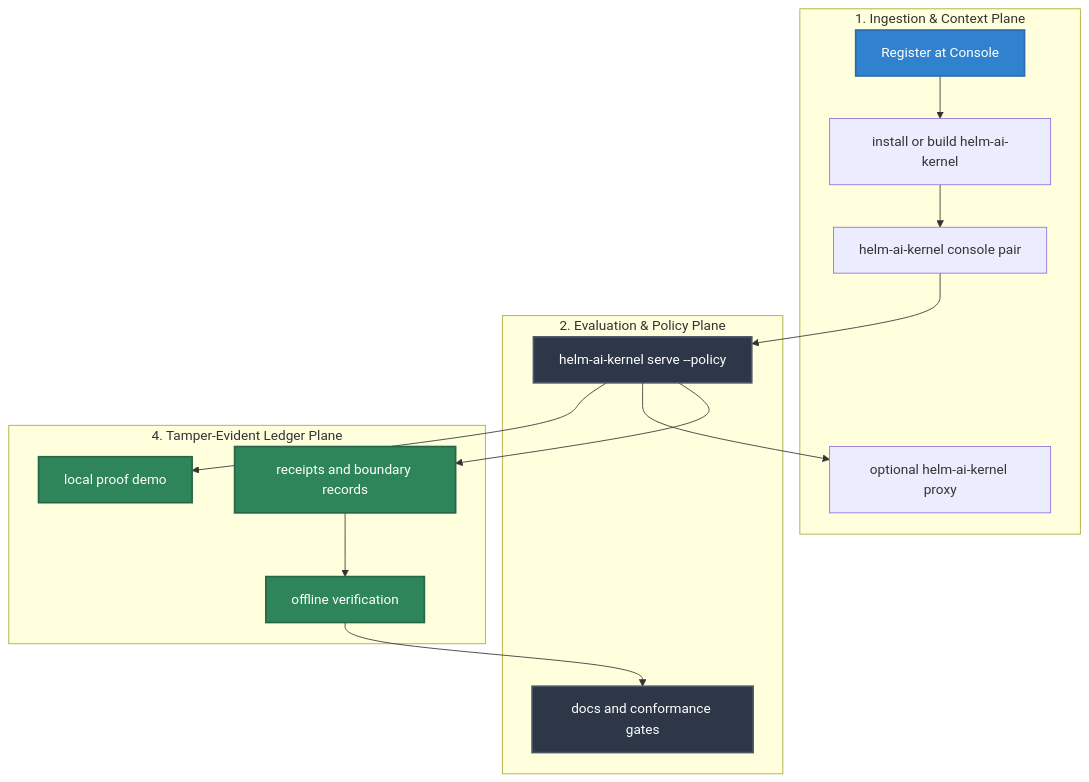
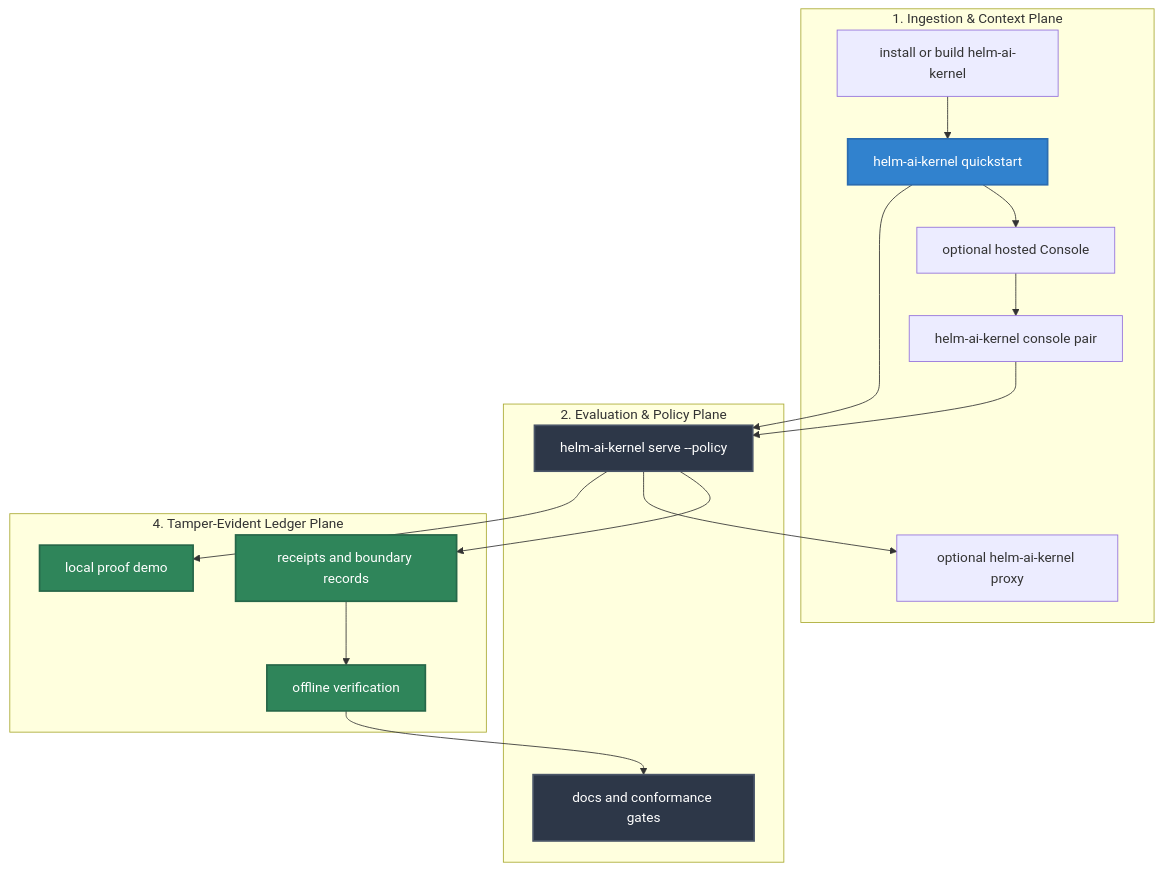
One commit to Mindburn-Labs/helm-ai-kernel changed the diagram in docs/DEVELOPER_JOURNEY.md. Above: the diagram before and after it, drawn with Mermaid. The commit also changed other lines of this file and 21 other files, not shown here.

Commit message:
feat: add OSS local console quickstart

````diff
--- a/docs/DEVELOPER_JOURNEY.md
+++ b/docs/DEVELOPER_JOURNEY.md
@@ -18,38 +18,41 @@
 ```mermaid
 flowchart TD
     subgraph Ingestion["1. Ingestion & Context Plane"]
-        Register["Register at Console"]
+        Quickstart["helm-ai-kernel quickstart"]
         Install["install or build helm-ai-kernel"]
+        Register["optional hosted Console"]
         Pair["helm-ai-kernel console pair"]
         Proxy["optional helm-ai-kernel proxy"]
     end
 
     subgraph Evaluation["2. Evaluation & Policy Plane"]
         Serve["helm-ai-kernel serve --policy"]
         Gates["docs and conformance gates"]
     end
 
     subgraph Ledger["4. Tamper-Evident Ledger Plane"]
         Demo["local proof demo"]
         Receipts["receipts and boundary records"]
         Verify["offline verification"]
     end
 
     %% Operational Flow Edges
-    Register --> Install
-    Install --> Pair
+    Install --> Quickstart
+    Quickstart --> Serve
+    Quickstart --> Register
+    Register --> Pair
     Pair --> Serve
     Serve --> Demo
     Serve --> Proxy
     Serve --> Receipts
     Receipts --> Verify
     Verify --> Gates
 
     %% Premium Styling Rules
-    style Register fill:#3182ce,stroke:#2b6cb0,stroke-width:2px,color:#fff
+    style Quickstart fill:#3182ce,stroke:#2b6cb0,stroke-width:2px,color:#fff
     style Serve fill:#2d3748,stroke:#4a5568,stroke-width:2px,color:#fff
     style Demo fill:#2f855a,stroke:#276749,stroke-width:2px,color:#fff
     style Receipts fill:#2f855a,stroke:#276749,stroke-width:2px,color:#fff
     style Verify fill:#2f855a,stroke:#276749,stroke-width:2px,color:#fff
     style Gates fill:#2d3748,stroke:#4a5568,stroke-width:2px,color:#fff
 ```
````
